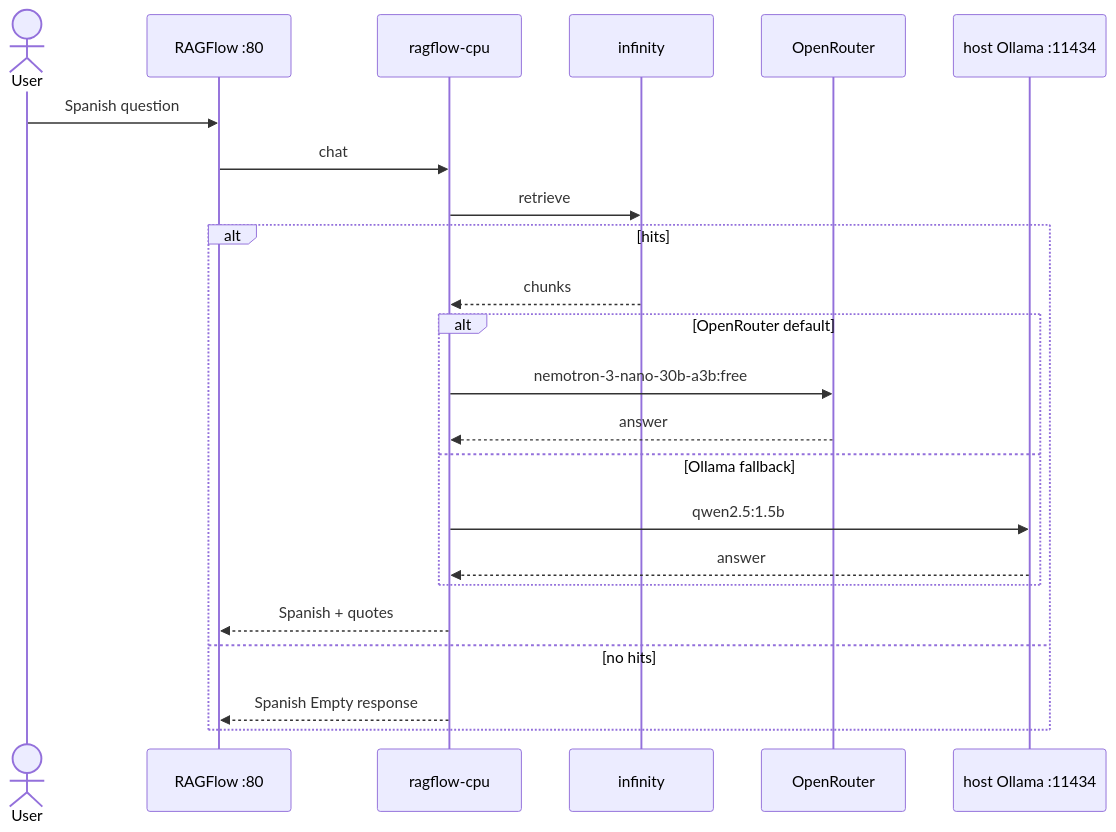
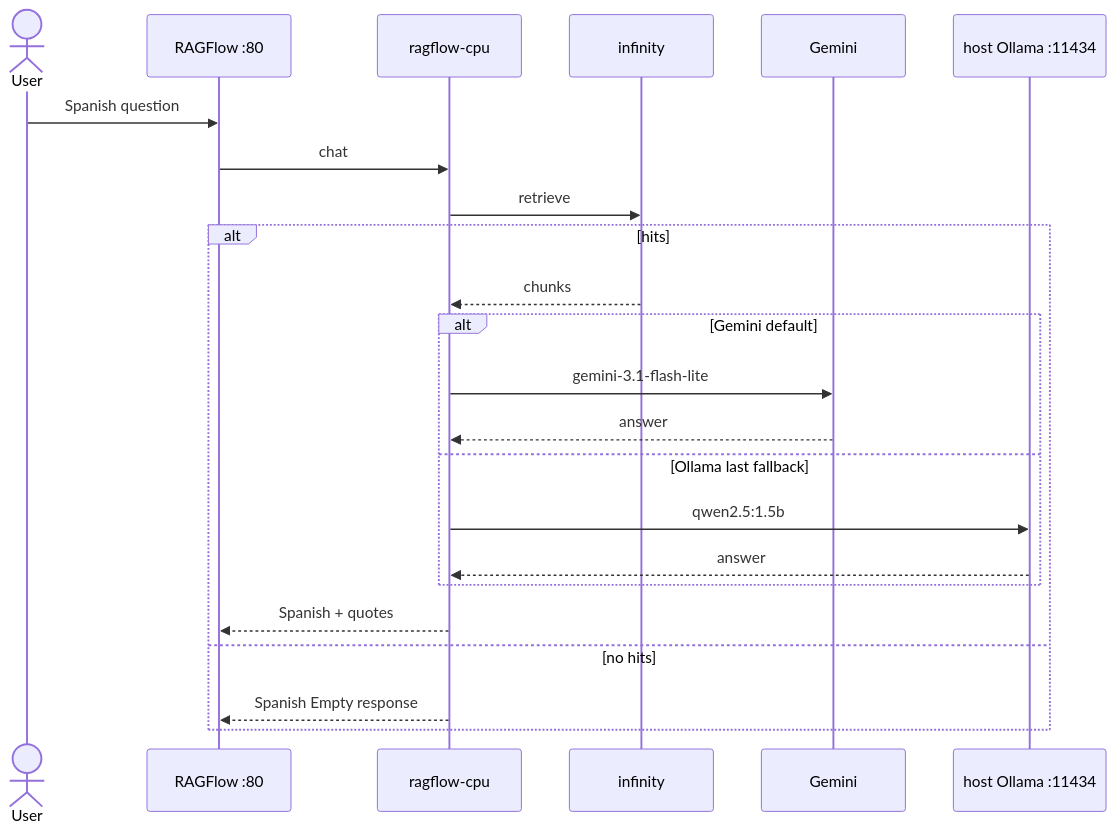
Before and after one commit to javi2481/LEDGERLENS: the second of 2 diagrams in openspec/changes/ledger-lens-ragflow/design.md, drawn with Mermaid. The commit also changed other lines of this file and 34 other files, not shown here.

First line of the commit message:
Default the local demo to MinerU pipeline and native Gemini, dropping LiteLLM.

````diff
--- a/openspec/changes/ledger-lens-ragflow/design.md
+++ b/openspec/changes/ledger-lens-ragflow/design.md
@@ -42,25 +42,25 @@
 ```mermaid
 sequenceDiagram
   actor User
   participant UI as RAGFlow :80
   participant RF as ragflow-cpu
   participant Inf as infinity
-  participant OR as OpenRouter
+  participant Ge as Gemini
   participant Ol as host Ollama :11434
   User->>UI: Spanish question
   UI->>RF: chat
   RF->>Inf: retrieve
   alt hits
     Inf-->>RF: chunks
-    alt OpenRouter default
-      RF->>OR: nemotron-3-nano-30b-a3b:free
-      OR-->>RF: answer
-    else Ollama fallback
+    alt Gemini default
+      RF->>Ge: gemini-3.1-flash-lite
+      Ge-->>RF: answer
+    else Ollama last fallback
       RF->>Ol: qwen2.5:1.5b
       Ol-->>RF: answer
     end
     RF-->>UI: Spanish + quotes
   else no hits
     RF-->>UI: Spanish Empty response
   end
 ```
````
